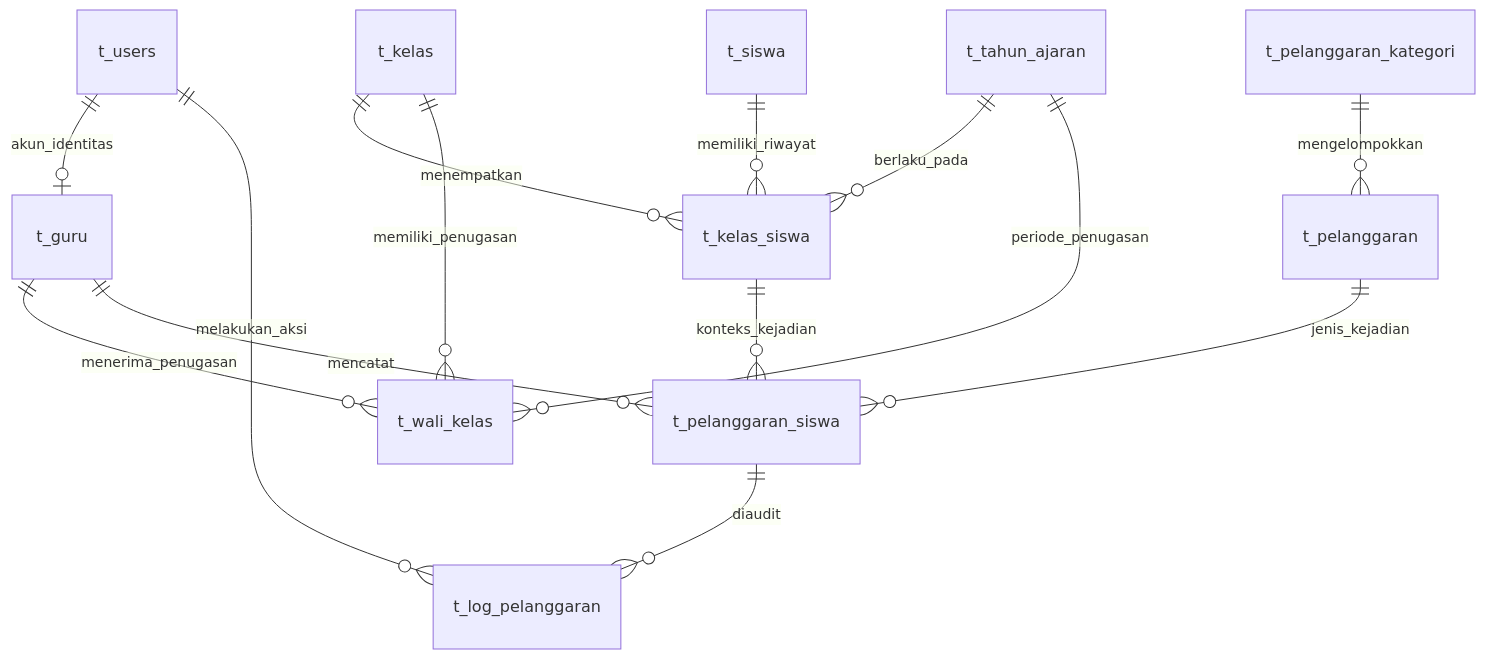
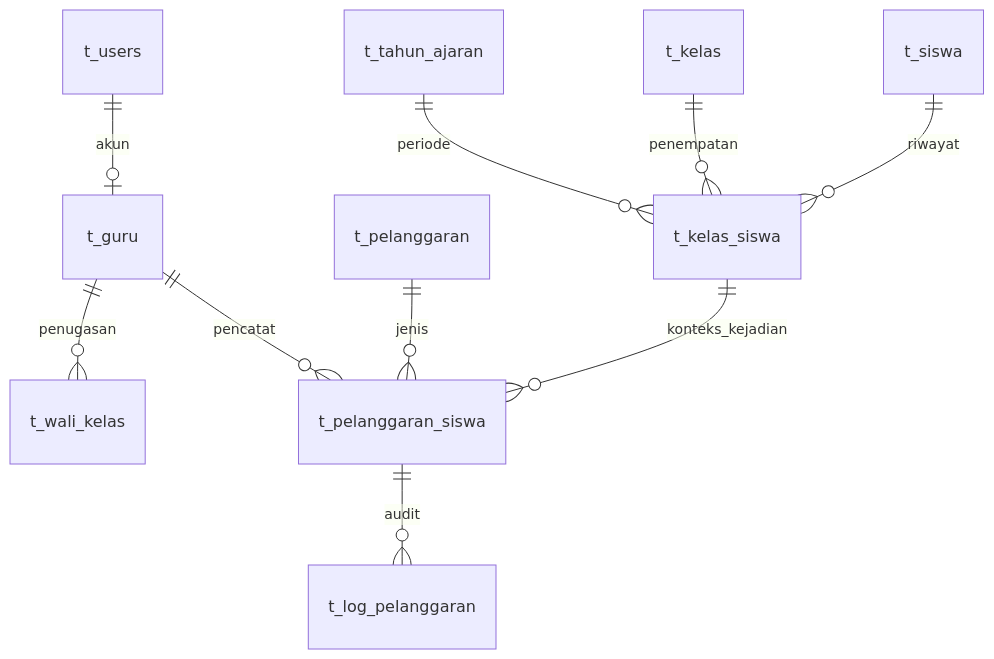
The diagram in docs/belajar-sekolahku/02-database-mysql.md (aditgaming1111111-jpg/UKK-2026), drawn with Mermaid before and after one commit. The commit also changed other lines of this file and 4 other files, not shown here.

````diff
--- a/docs/belajar-sekolahku/02-database-mysql.md
+++ b/docs/belajar-sekolahku/02-database-mysql.md
@@ -101,16 +25,12 @@
 ```mermaid
 erDiagram
-    t_users ||--o| t_guru : akun_identitas
-    t_users ||--o{ t_log_pelanggaran : melakukan_aksi
-    t_guru ||--o{ t_wali_kelas : menerima_penugasan
-    t_guru ||--o{ t_pelanggaran_siswa : mencatat
-    t_siswa ||--o{ t_kelas_siswa : memiliki_riwayat
-    t_kelas ||--o{ t_kelas_siswa : menempatkan
-    t_tahun_ajaran ||--o{ t_kelas_siswa : berlaku_pada
-    t_kelas ||--o{ t_wali_kelas : memiliki_penugasan
-    t_tahun_ajaran ||--o{ t_wali_kelas : periode_penugasan
-    t_pelanggaran_kategori ||--o{ t_pelanggaran : mengelompokkan
+    t_users ||--o| t_guru : akun
+    t_siswa ||--o{ t_kelas_siswa : riwayat
+    t_kelas ||--o{ t_kelas_siswa : penempatan
+    t_tahun_ajaran ||--o{ t_kelas_siswa : periode
+    t_guru ||--o{ t_wali_kelas : penugasan
     t_kelas_siswa ||--o{ t_pelanggaran_siswa : konteks_kejadian
-    t_pelanggaran ||--o{ t_pelanggaran_siswa : jenis_kejadian
-    t_pelanggaran_siswa ||--o{ t_log_pelanggaran : diaudit
+    t_pelanggaran ||--o{ t_pelanggaran_siswa : jenis
+    t_guru ||--o{ t_pelanggaran_siswa : pencatat
+    t_pelanggaran_siswa ||--o{ t_log_pelanggaran : audit
 ```
````
